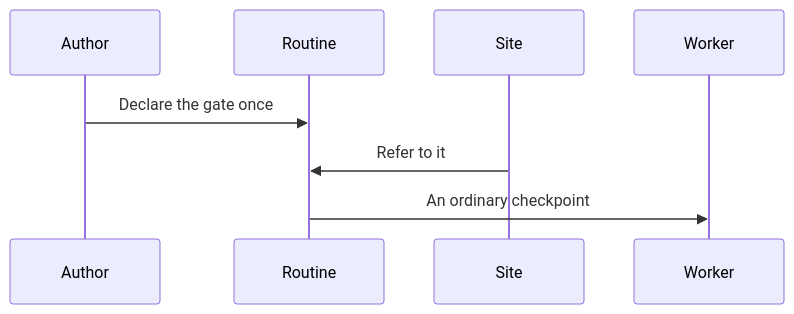
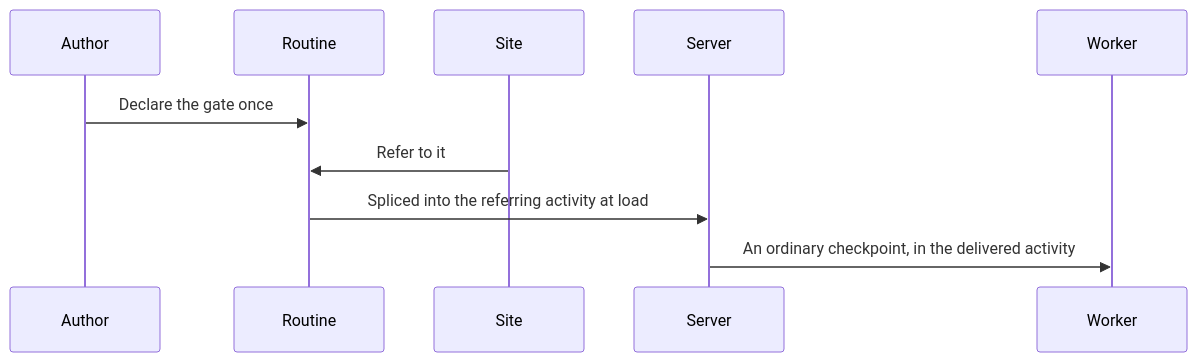
One commit to m2ux/workflow-server changed diagram 15 of 22 in docs/checkpoint.md. Above: the diagram before and after it, drawn with Mermaid. The commit also changed other lines of this file and 17 other files, not shown here.

````diff
--- a/docs/checkpoint.md
+++ b/docs/checkpoint.md
@@ -373,10 +373,12 @@
 ```mermaid
 sequenceDiagram
   participant Author
   participant Routine
   participant Site
+  participant Server
   participant Worker
   Author->>Routine: Declare the gate once
   Site->>Routine: Refer to it
-  Routine->>Worker: An ordinary checkpoint
+  Routine->>Server: Spliced into the referring activity at load
+  Server->>Worker: An ordinary checkpoint, in the delivered activity
 ```
````
